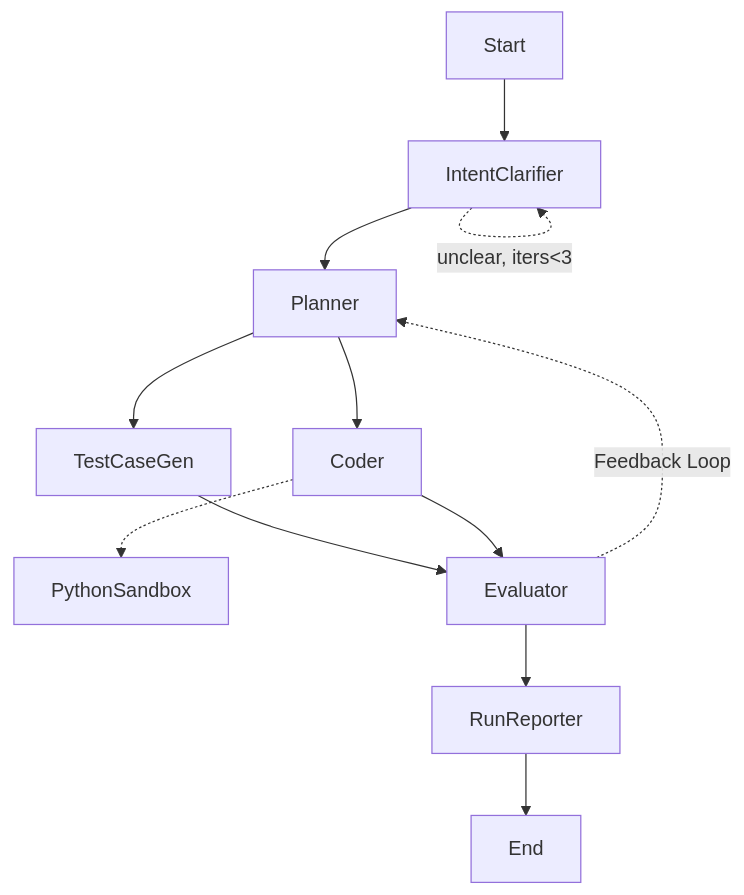
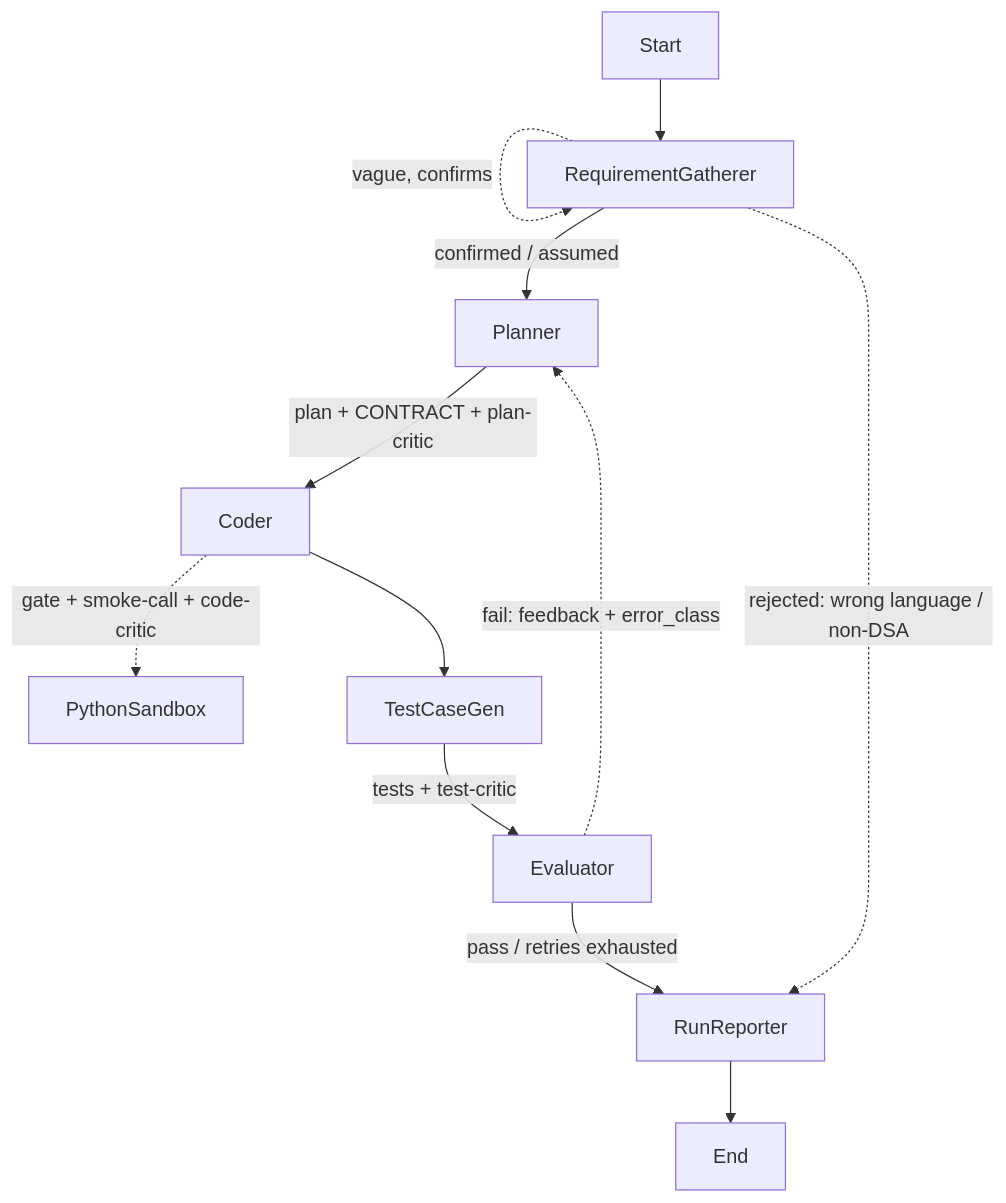
One commit to kuralamuthan300/leetcode_agent changed the diagram in plan/architecture.md. Above: the diagram before and after it, drawn with Mermaid. The commit also changed other lines of this file and 25 other files, not shown here.

Commit message:
LangGraph DSA solver: gatherer, critics, guardrails, contracts, adjudication

````diff
--- a/plan/architecture.md
+++ b/plan/architecture.md
@@ -17,14 +19,14 @@
 ```mermaid
 graph TD
-    Start --> IntentClarifier
-    IntentClarifier -.->|unclear, iters<3| IntentClarifier
-    IntentClarifier --> Planner
-    Planner --> TestCaseGen
-    Planner --> Coder
-    Coder -.-> PythonSandbox
-    TestCaseGen --> Evaluator
-    Coder --> Evaluator
-    Evaluator -.->|Feedback Loop| Planner
-    Evaluator --> RunReporter
+    Start --> RequirementGatherer
+    RequirementGatherer -.->|vague, confirms| RequirementGatherer
+    RequirementGatherer -->|confirmed / assumed| Planner
+    RequirementGatherer -.->|rejected: wrong language / non-DSA| RunReporter
+    Planner -->|plan + CONTRACT + plan-critic| Coder
+    Coder -.->|gate + smoke-call + code-critic| PythonSandbox
+    Coder --> TestCaseGen
+    TestCaseGen -->|tests + test-critic| Evaluator
+    Evaluator -.->|fail: feedback + error_class| Planner
+    Evaluator -->|pass / retries exhausted| RunReporter
     RunReporter --> End
 ```
````
